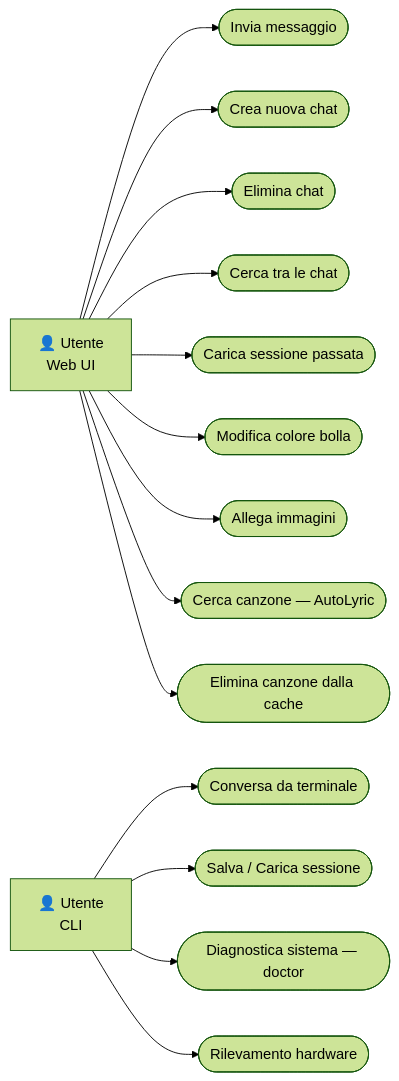
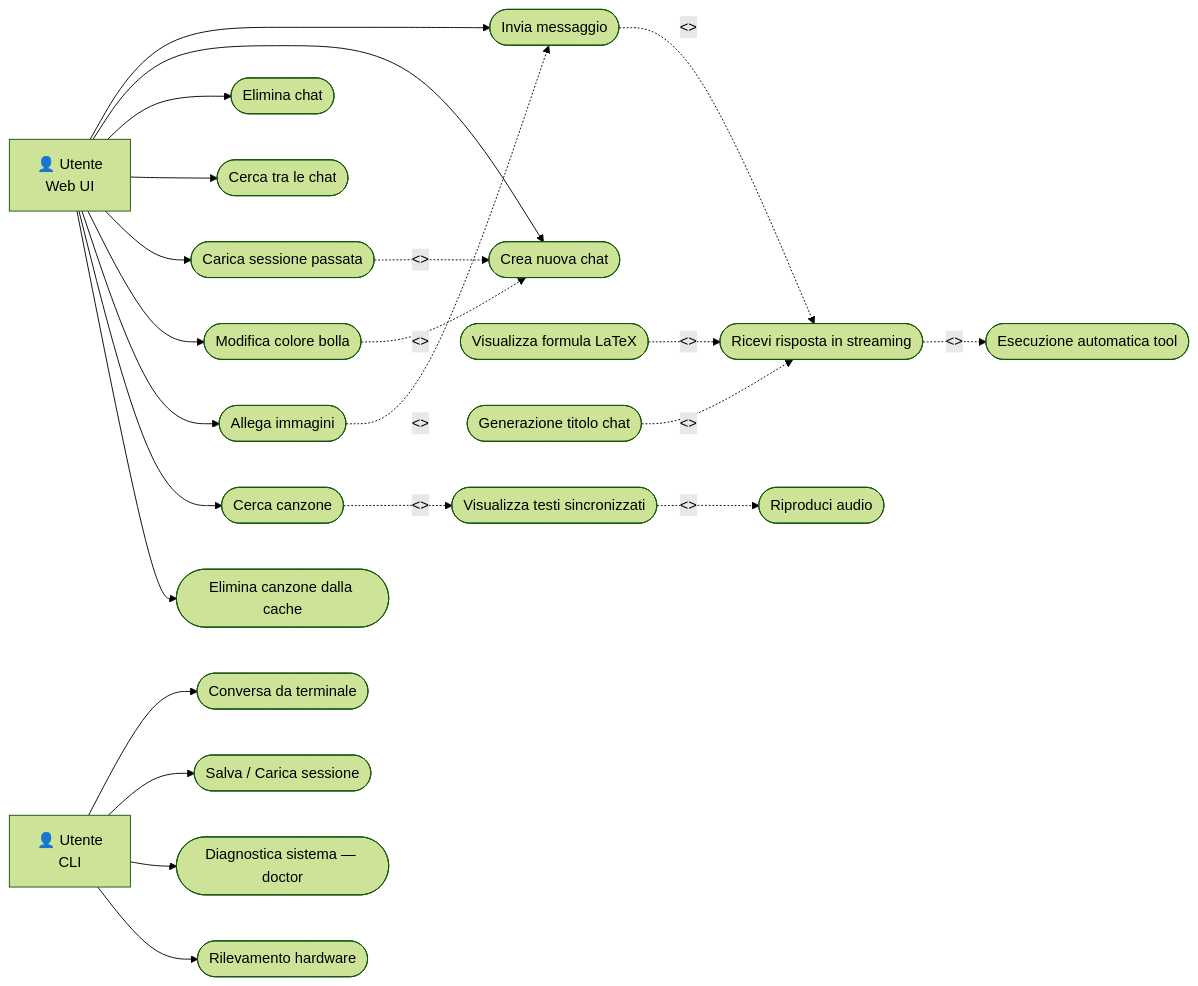
Before and after one commit to AlbertoBruscoliniMain/RaxeusAI: the first of 4 diagrams in REQUISITI_PROGETTO.md, drawn with Mermaid (forest theme).

Commit message:
Requisiti: aggiunto include/extend al diagramma dei casi d'uso (sez. 6.4)

````diff
--- a/REQUISITI_PROGETTO.md
+++ b/REQUISITI_PROGETTO.md
@@ -208,21 +208,55 @@
 ```mermaid
 graph LR
+    %% ── ATTORI ────────────────────────────────────────
     U1["👤 Utente\nWeb UI"]
-
-    U1 --> a(["Invia messaggio"])
-    U1 --> b(["Crea nuova chat"])
-    U1 --> c(["Elimina chat"])
-    U1 --> d(["Cerca tra le chat"])
-    U1 --> e(["Carica sessione passata"])
-    U1 --> f(["Modifica colore bolla"])
-    U1 --> g(["Allega immagini"])
-    U1 --> h(["Cerca canzone — AutoLyric"])
-    U1 --> i(["Elimina canzone dalla cache"])
-
     U2["👤 Utente\nCLI"]
 
+    %% ── CASI D'USO — Web UI ───────────────────────────
+    a(["Invia messaggio"])
+    b(["Crea nuova chat"])
+    c(["Elimina chat"])
+    d(["Cerca tra le chat"])
+    e(["Carica sessione passata"])
+    f(["Modifica colore bolla"])
+    g(["Allega immagini"])
+    h(["Cerca canzone"])
+    i(["Elimina canzone dalla cache"])
+
+    %% inclusi / estesi
+    r(["Ricevi risposta in streaming"])
+    t(["Esecuzione automatica tool"])
+    lx(["Visualizza formula LaTeX"])
+    ti(["Generazione titolo chat"])
+    s(["Visualizza testi sincronizzati"])
+    p(["Riproduci audio"])
+
+    %% Attore → casi d'uso diretti
+    U1 --> a
+    U1 --> b
+    U1 --> c
+    U1 --> d
+    U1 --> e
+    U1 --> f
+    U1 --> g
+    U1 --> h
+    U1 --> i
+
+    %% relazioni <<include>>
+    a -.->|"<<include>>"| r
+    r -.->|"<<include>>"| t
+    h -.->|"<<include>>"| s
+    s -.->|"<<include>>"| p
+
+    %% relazioni <<extend>>
+    g -.->|"<<extend>>"| a
+    lx -.->|"<<extend>>"| r
+    ti -.->|"<<extend>>"| r
+    e -.->|"<<extend>>"| b
+    f -.->|"<<extend>>"| b
+
+    %% ── CASI D'USO — CLI ──────────────────────────────
     U2 --> j(["Conversa da terminale"])
     U2 --> k(["Salva / Carica sessione"])
     U2 --> l(["Diagnostica sistema — doctor"])
     U2 --> m(["Rilevamento hardware"])
 ```
````
